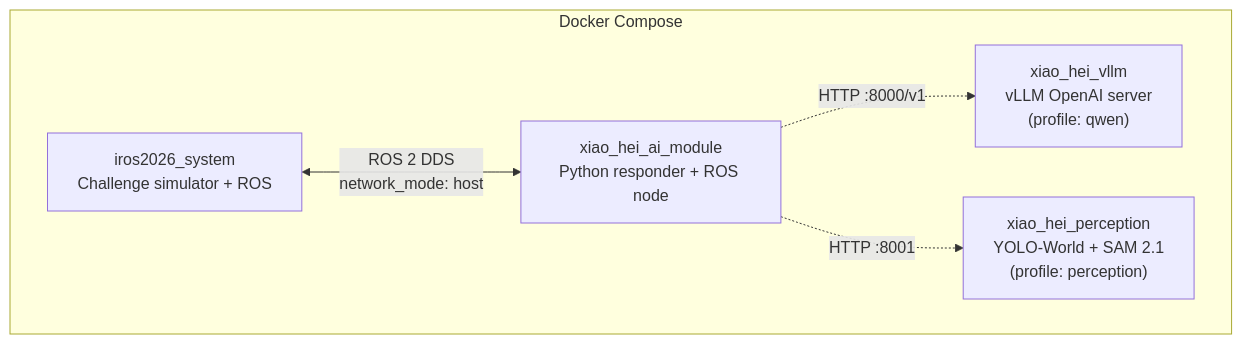
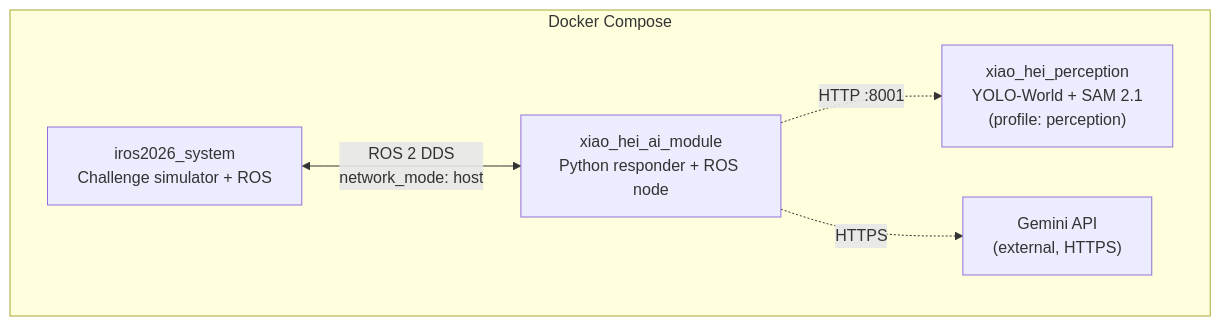
Before and after one commit to ginlov/xiao-hei-vln-cmu: the second of 3 diagrams in docs/architecture.md, drawn with Mermaid. The commit also changed other lines of this file and 81 other files, not shown here.

````diff
--- a/docs/architecture.md
+++ b/docs/architecture.md
@@ -38,13 +38,13 @@
 ```mermaid
 graph TB
     subgraph Docker Compose
         SYS[iros2026_system<br/>Challenge simulator + ROS]
         AI[xiao_hei_ai_module<br/>Python responder + ROS node]
-        VLLM["xiao_hei_vllm<br/>vLLM OpenAI server<br/>(profile: qwen)"]
         PERC["xiao_hei_perception<br/>YOLO-World + SAM 2.1<br/>(profile: perception)"]
+        GEM["Gemini API<br/>(external, HTTPS)"]
     end
 
     SYS <-->|ROS 2 DDS<br/>network_mode: host| AI
-    AI -.->|HTTP :8000/v1| VLLM
     AI -.->|HTTP :8001| PERC
+    AI -.->|HTTPS| GEM
 ```
````
